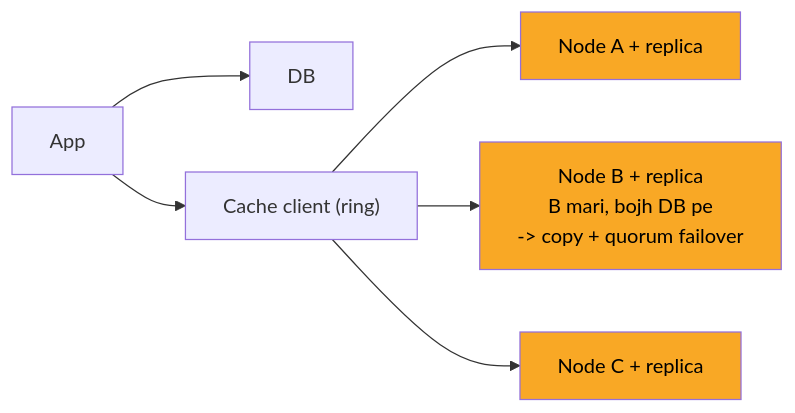
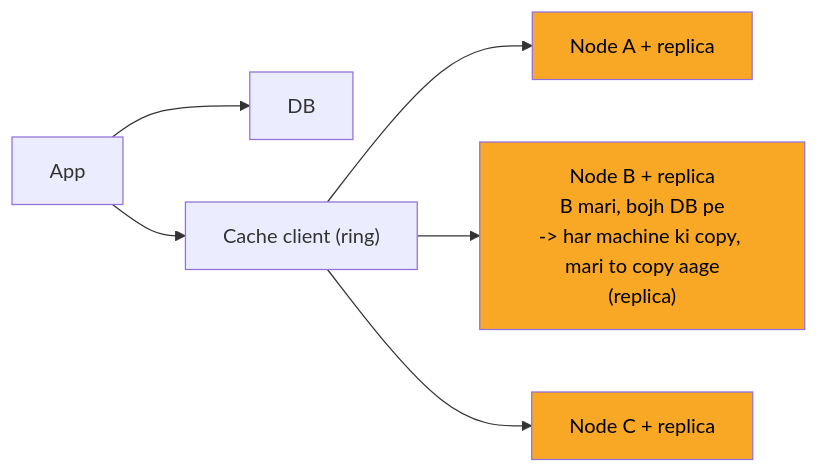
One commit to ArpanMaheshwari144/Prep changed the fourth of 8 diagrams in 04_HLD/SYSTEM_DESIGNS/10_distributed_cache/10_distributed_cache.md. Above: the diagram before and after it, drawn with Mermaid. The commit also changed other lines of this file and 13 other files, not shown here.

````diff
--- a/04_HLD/SYSTEM_DESIGNS/10_distributed_cache/10_distributed_cache.md
+++ b/04_HLD/SYSTEM_DESIGNS/10_distributed_cache/10_distributed_cache.md
@@ -172,17 +172,17 @@
 ```mermaid
 flowchart LR
     n_App["App"]
     n_DB["DB"]
     n_Cache_client["Cache client (ring)"]
     n_Node_A_replica["Node A + replica"]
-    n_Node_B_replica["Node B + replica<br/>B mari, bojh DB pe<br/>-> copy + quorum failover"]
+    n_Node_B_replica["Node B + replica<br/>B mari, bojh DB pe<br/>-> har machine ki copy, mari to copy aage<br/>(replica)"]
     n_Node_C_replica["Node C + replica"]
     n_App --> n_DB
     n_App --> n_Cache_client
     n_Cache_client --> n_Node_A_replica
     n_Cache_client --> n_Node_B_replica
     n_Cache_client --> n_Node_C_replica
     style n_Node_A_replica fill:#f9a825,color:#000
     style n_Node_B_replica fill:#f9a825,color:#000
     style n_Node_C_replica fill:#f9a825,color:#000
 ```
````
